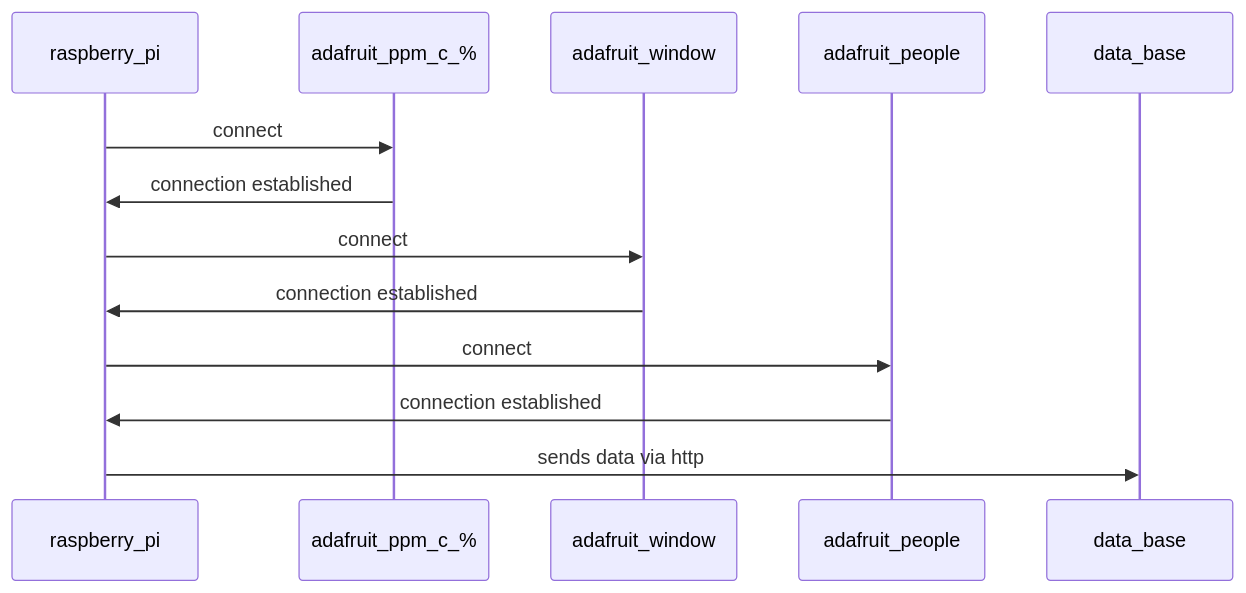
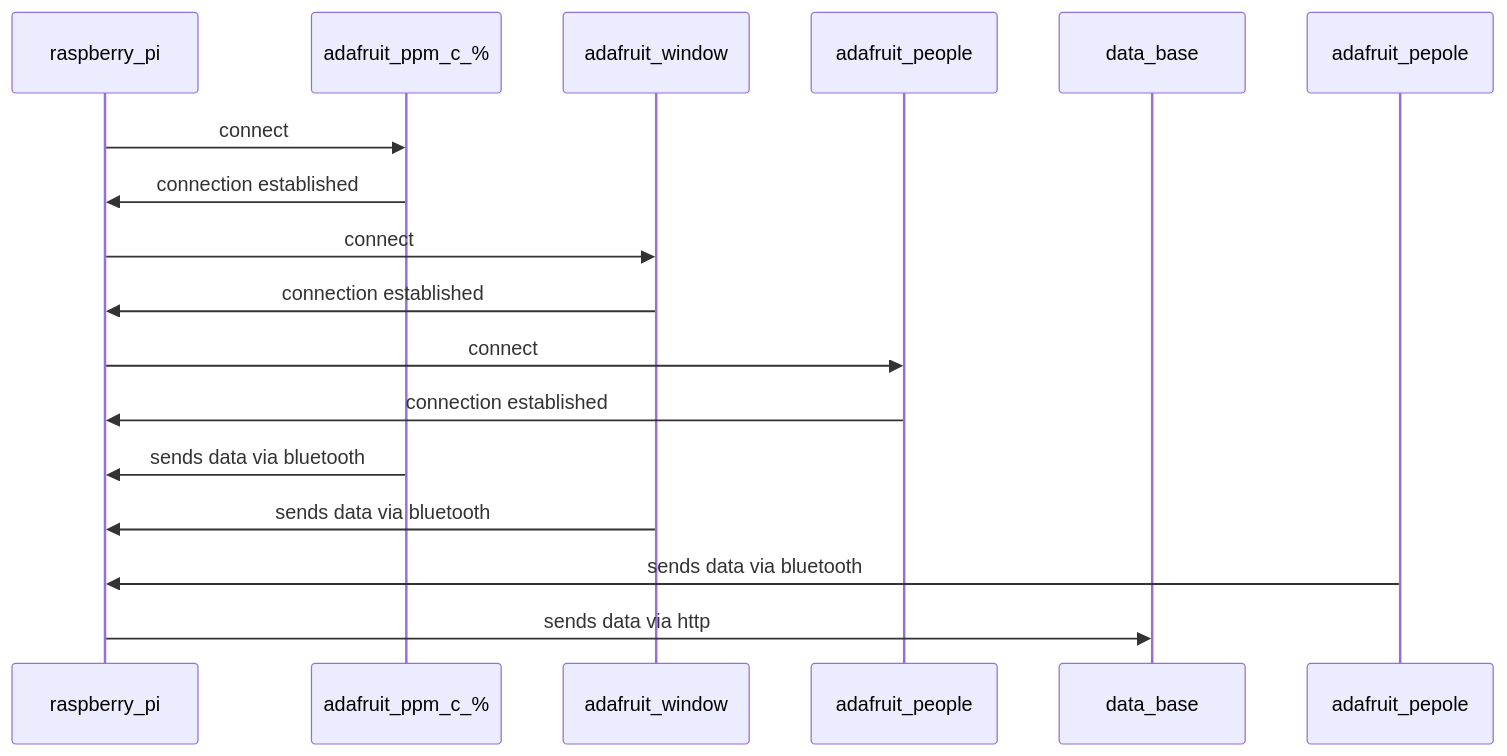
The diagram in abgabe_bericht/software_module_sequenzdiagramme/mainUnit.md (nicolarohner1337/smartclassroom), drawn with Mermaid before and after one commit.

````diff
--- a/abgabe_bericht/software_module_sequenzdiagramme/mainUnit.md
+++ b/abgabe_bericht/software_module_sequenzdiagramme/mainUnit.md
@@ -2,15 +2,18 @@
 ```mermaid
 sequenceDiagram
     participant raspberry_pi
     participant adafruit_ppm_c_%
     participant adafruit_window
     participant adafruit_people
     participant data_base
     raspberry_pi->>adafruit_ppm_c_%: connect
     adafruit_ppm_c_%->>raspberry_pi: connection established
     raspberry_pi->>adafruit_window: connect
     adafruit_window->>raspberry_pi: connection established
     raspberry_pi->>adafruit_people: connect
     adafruit_people->>raspberry_pi: connection established
+    adafruit_ppm_c_%->>raspberry_pi: sends data via bluetooth
+    adafruit_window->>raspberry_pi: sends data via bluetooth
+    adafruit_pepole->>raspberry_pi: sends data via bluetooth
     raspberry_pi->>data_base: sends data via http
 ```
````
